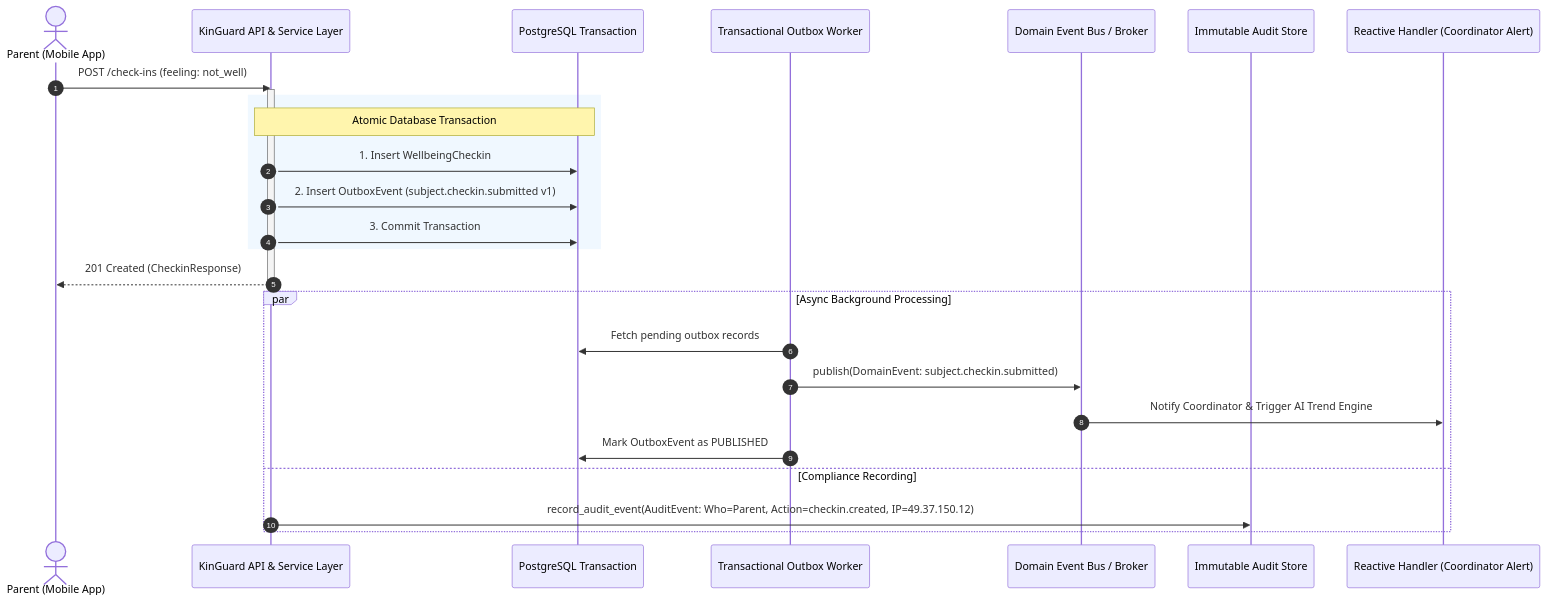
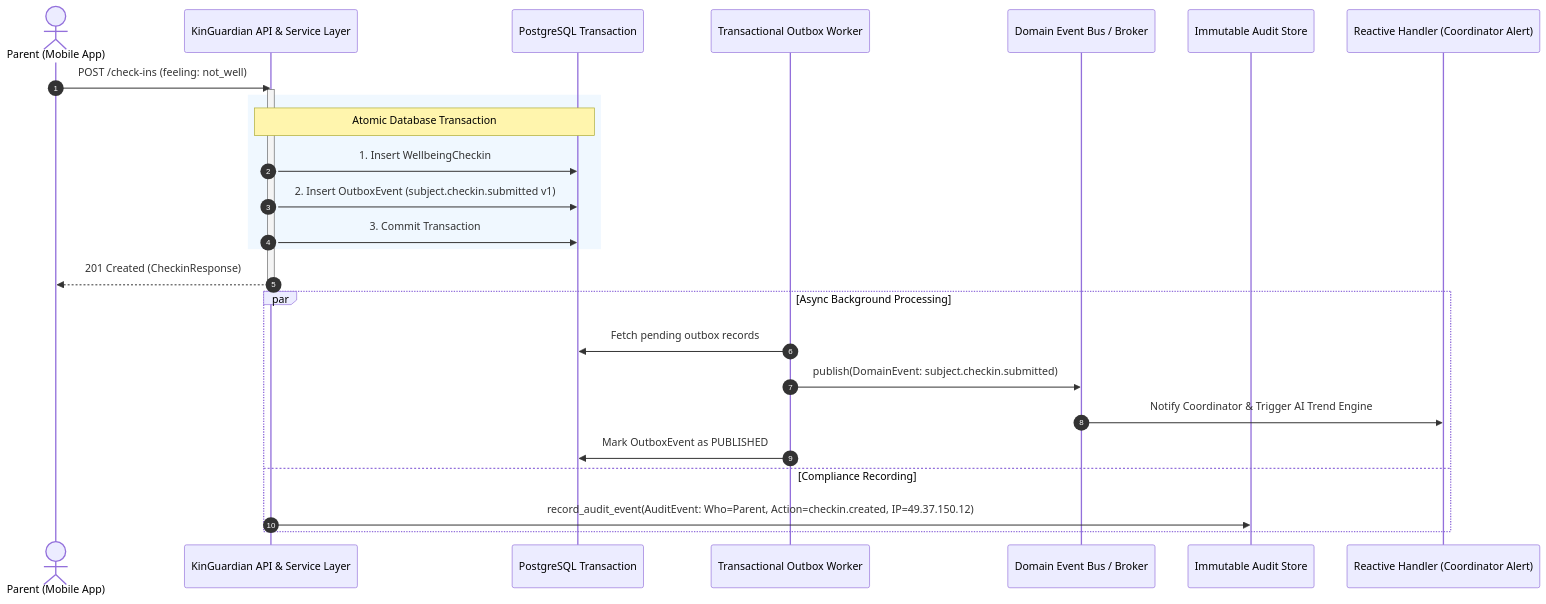
The fifth of 5 diagrams in ARCHITECTURE.md (OpenHealthAgents/kinguardian-platform), drawn with Mermaid before and after one commit. The commit also changed other lines of this file and 188 other files, not shown here.

Commit message:
feat(branding): finalize KinGuardian rename across all architecture docs, tests, and configs

````diff
--- a/ARCHITECTURE.md
+++ b/ARCHITECTURE.md
@@ -308,33 +308,33 @@
 ```mermaid
 sequenceDiagram
     autonumber
     actor Parent as Parent (Mobile App)
-    participant API as KinGuard API & Service Layer
+    participant API as KinGuardian API & Service Layer
     participant DB as PostgreSQL Transaction
     participant Outbox as Transactional Outbox Worker
     participant EventBus as Domain Event Bus / Broker
     participant AuditStore as Immutable Audit Store
     participant Sub as Reactive Handler (Coordinator Alert)
 
     Parent->>API: POST /check-ins (feeling: not_well)
     activate API
     
     rect rgb(240, 248, 255)
         Note over API,DB: Atomic Database Transaction
         API->>DB: 1. Insert WellbeingCheckin
         API->>DB: 2. Insert OutboxEvent (subject.checkin.submitted v1)
         API->>DB: 3. Commit Transaction
     end
 
     API-->>Parent: 201 Created (CheckinResponse)
     deactivate API
 
     par Async Background Processing
         Outbox->>DB: Fetch pending outbox records
         Outbox->>EventBus: publish(DomainEvent: subject.checkin.submitted)
         EventBus->>Sub: Notify Coordinator & Trigger AI Trend Engine
         Outbox->>DB: Mark OutboxEvent as PUBLISHED
     and Compliance Recording
         API->>AuditStore: record_audit_event(AuditEvent: Who=Parent, Action=checkin.created, IP=49.37.150.12)
     end
 ```
````
